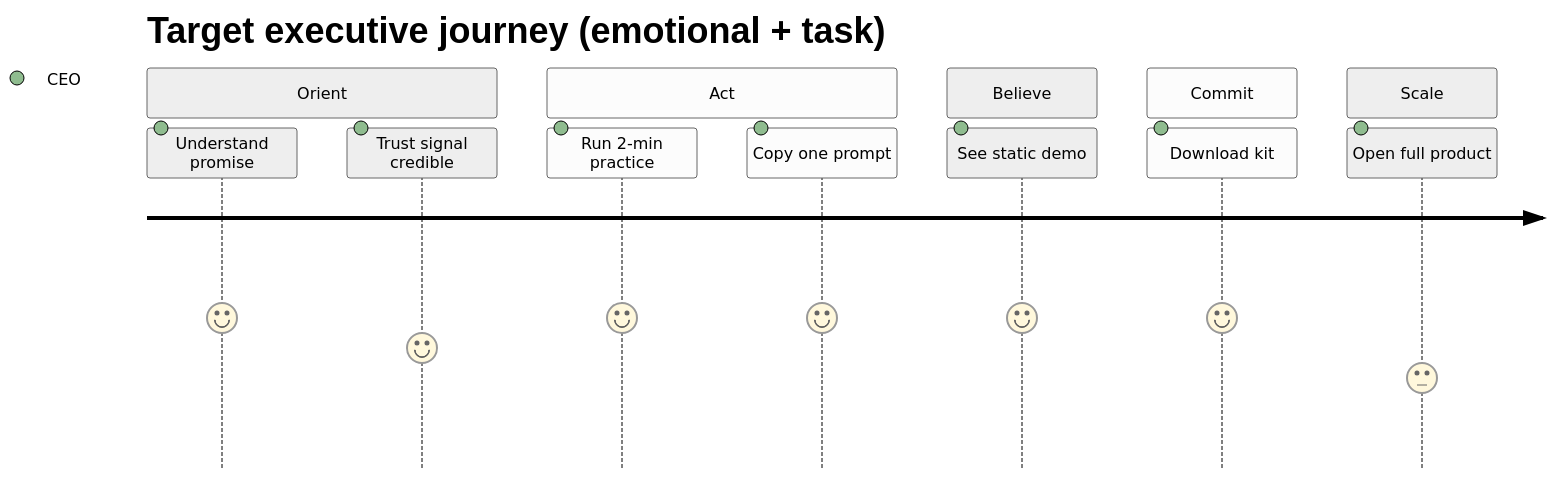
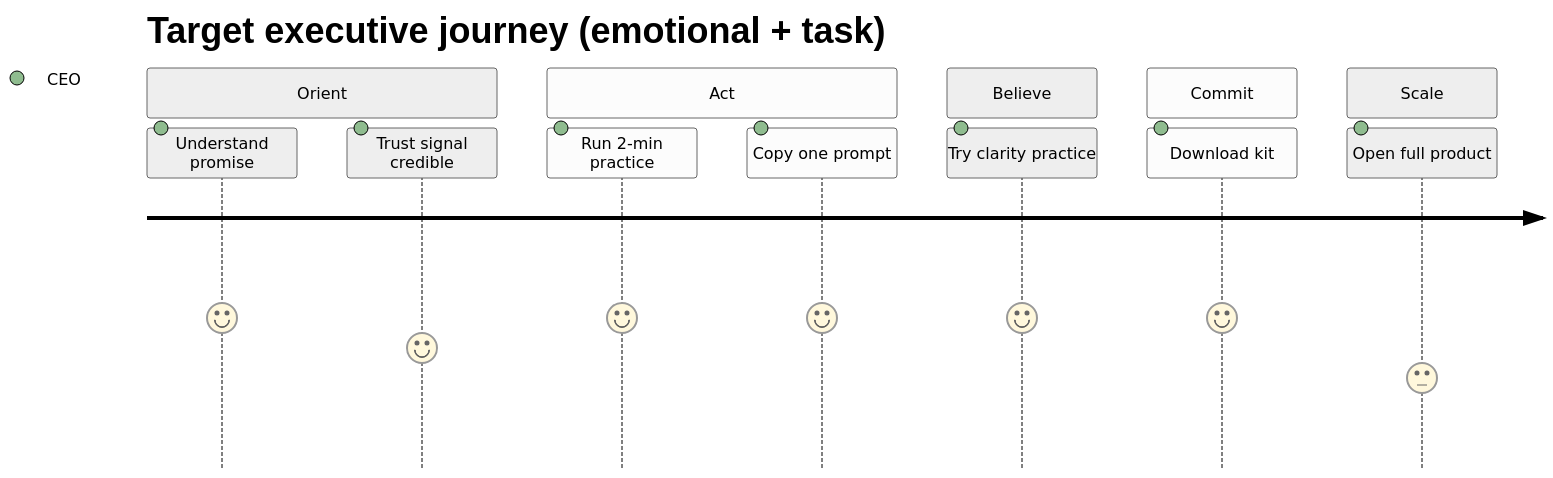
Before and after one commit to DITreneris/leader: the second of 3 diagrams in docs/STRATEGIC_REVISION_PLAN.md, drawn with Mermaid (neutral theme). The commit also changed 19 other files, not shown here.

````diff
--- a/docs/STRATEGIC_REVISION_PLAN.md
+++ b/docs/STRATEGIC_REVISION_PLAN.md
@@ -97,16 +97,16 @@
 ```mermaid
 journey
   title Target executive journey (emotional + task)
   section Orient
     Understand promise: 5: CEO
     Trust signal credible: 4: CEO
   section Act
     Run 2-min practice: 5: CEO
     Copy one prompt: 5: CEO
   section Believe
-    See static demo: 5: CEO
+    Try clarity practice: 5: CEO
   section Commit
     Download kit: 5: CEO
   section Scale
     Open full product: 3: CEO
 ```
````
